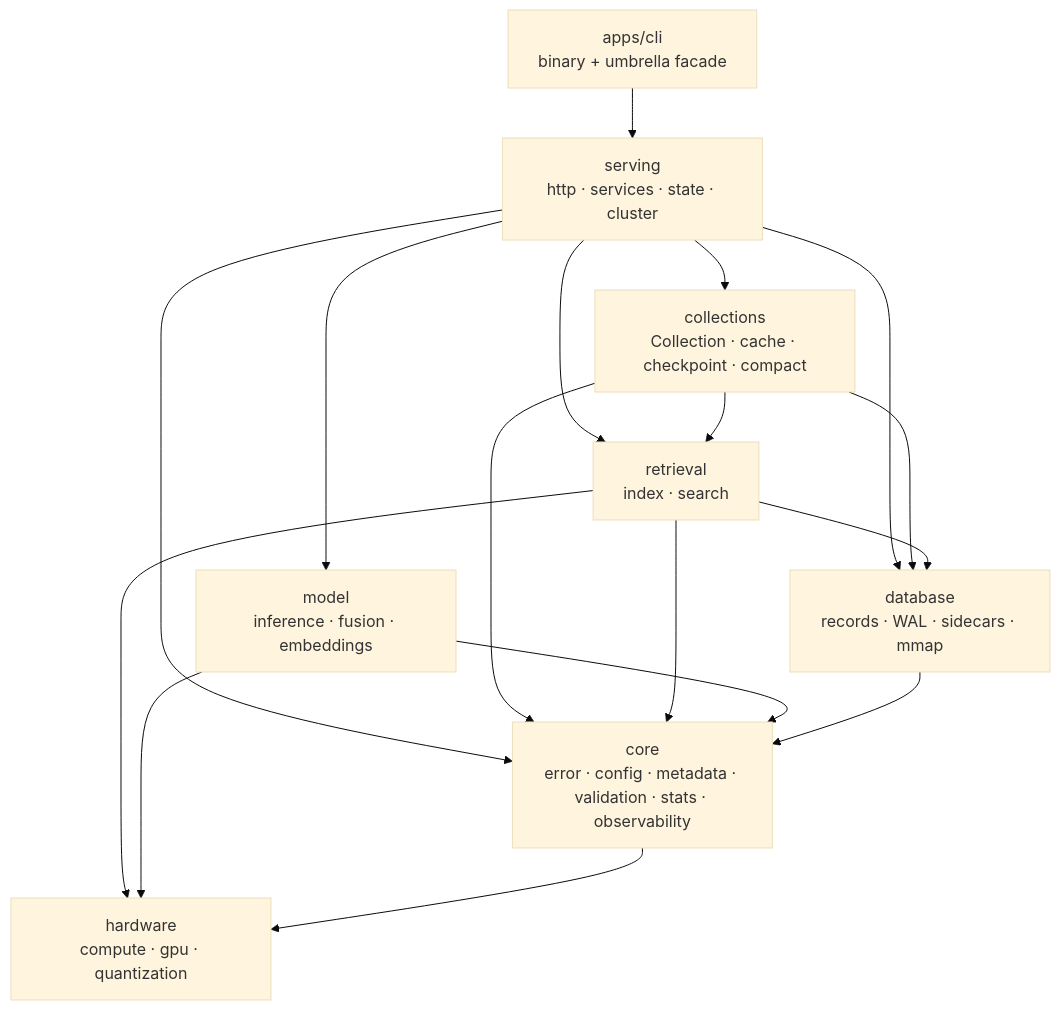
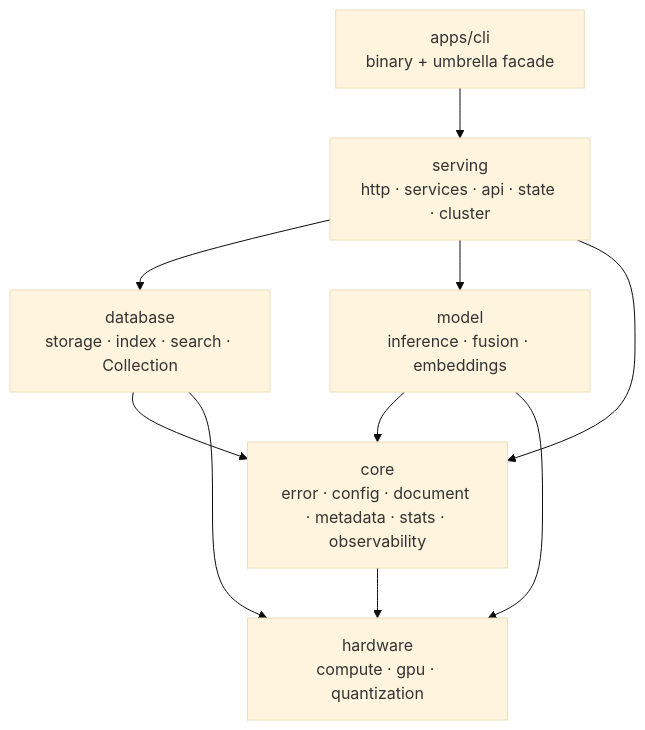
The first of 3 diagrams in docs/ARCHITECTURE.md (ashworks1706/Piramid), drawn with Mermaid (base theme) before and after one commit. The commit also changed other lines of this file and 100 other files, not shown here.

First line of the commit message:
Fold retrieval and collections into database, and delete the architecture blogs

````diff
--- a/docs/ARCHITECTURE.md
+++ b/docs/ARCHITECTURE.md
@@ -74,28 +72,19 @@
 ```mermaid
 flowchart TD
     CLI[apps/cli<br/>binary + umbrella facade]
-    Serving[serving<br/>http · services · state · cluster]
+    Serving[serving<br/>http · services · api · state · cluster]
     Model[model<br/>inference · fusion · embeddings]
-    Collections[collections<br/>Collection · cache · checkpoint · compact]
-    Retrieval[retrieval<br/>index · search]
-    Database[database<br/>records · WAL · sidecars · mmap]
-    Core[core<br/>error · config · metadata · validation · stats · observability]
+    Database[database<br/>storage · index · search · Collection]
+    Core[core<br/>error · config · document · metadata · stats · observability]
     Hardware[hardware<br/>compute · gpu · quantization]
 
     CLI --> Serving
-    Serving --> Collections
+    Serving --> Database
     Serving --> Model
-    Serving --> Retrieval
-    Serving --> Database
     Serving --> Core
-    Collections --> Retrieval
-    Collections --> Database
-    Collections --> Core
-    Retrieval --> Database
-    Retrieval --> Core
-    Retrieval --> Hardware
+    Database --> Core
+    Database --> Hardware
     Model --> Core
     Model --> Hardware
-    Database --> Core
     Core --> Hardware
 ```
````
